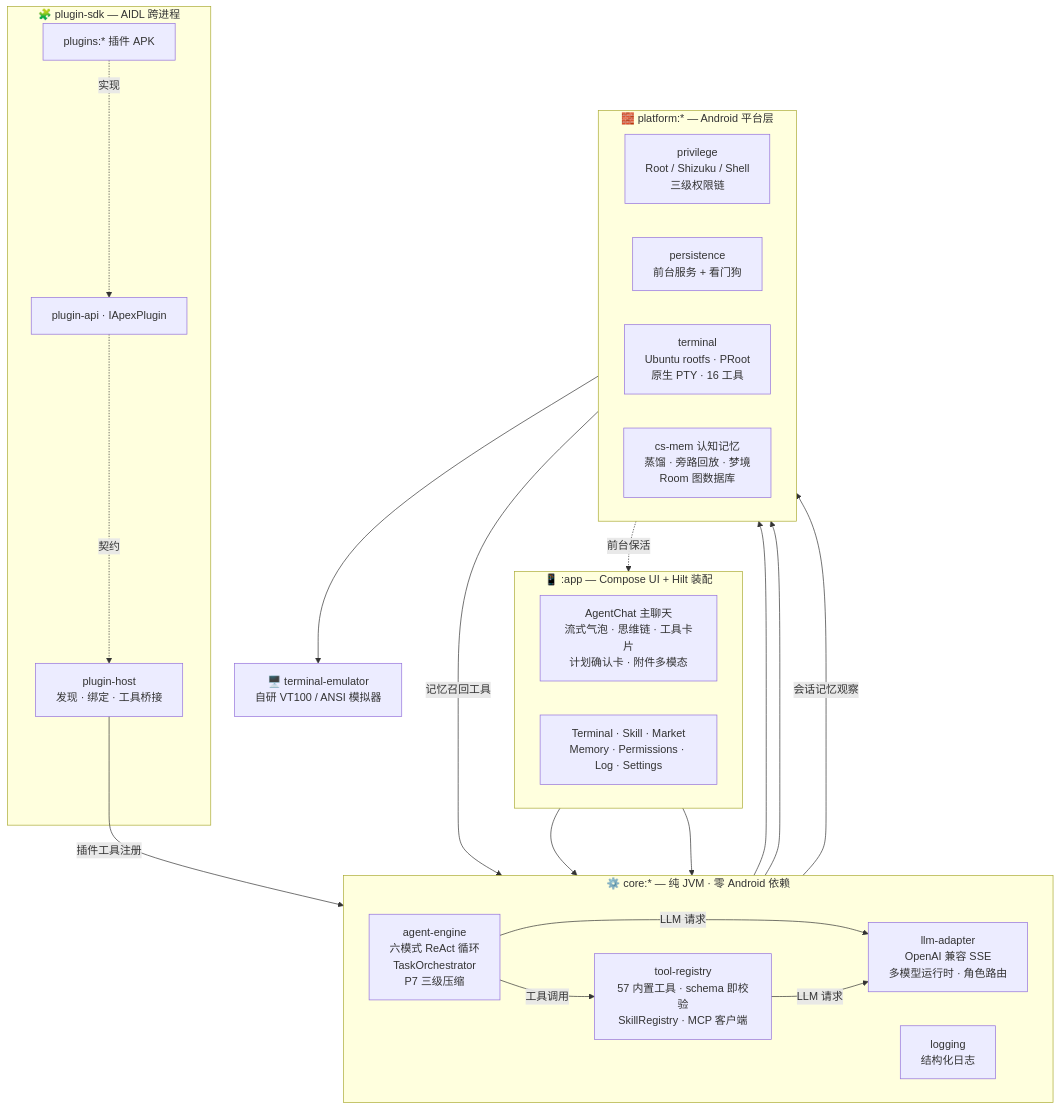
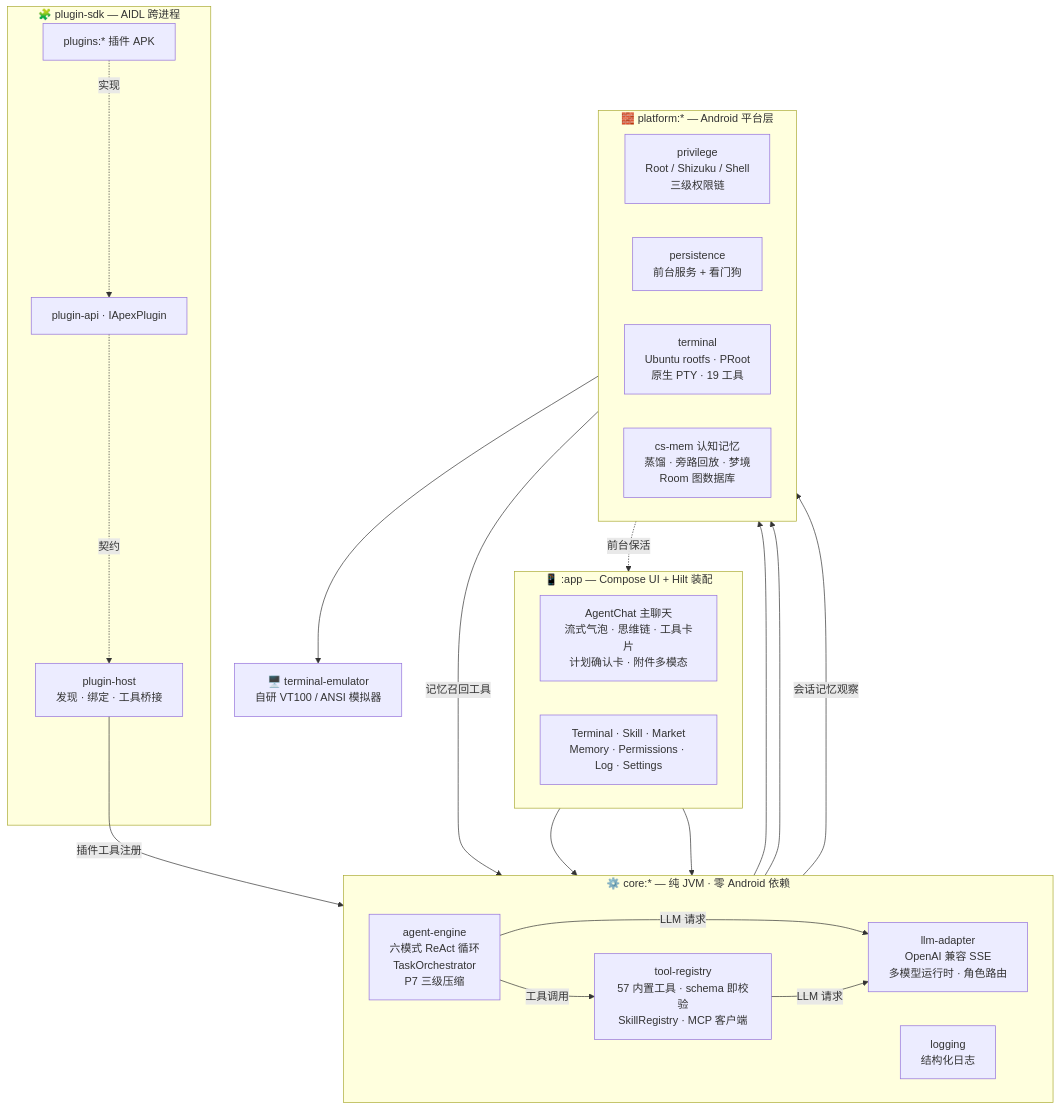
One commit to AceGuru-mjh/Android-Guru-Agent changed the first of 5 diagrams in README.md. Above: the diagram before and after it, drawn with Mermaid. The commit also changed other lines of this file and 26 other files, not shown here.

````diff
--- a/README.md
+++ b/README.md
@@ -166,47 +166,47 @@
 ```mermaid
 flowchart TB
     subgraph APP["📱 :app — Compose UI + Hilt 装配"]
         direction LR
         CHAT["AgentChat 主聊天<br/>流式气泡 · 思维链 · 工具卡片<br/>计划确认卡 · 附件多模态"]
         SCREENS["Terminal · Skill · Market<br/>Memory · Permissions · Log · Settings"]
     end
 
     subgraph CORE["⚙️ core:* — 纯 JVM · 零 Android 依赖"]
         direction LR
         ENGINE["agent-engine<br/>六模式 ReAct 循环<br/>TaskOrchestrator<br/>P7 三级压缩"]
         TOOLS["tool-registry<br/>57 内置工具 · schema 即校验<br/>SkillRegistry · MCP 客户端"]
         LLM["llm-adapter<br/>OpenAI 兼容 SSE<br/>多模型运行时 · 角色路由"]
         LOGC["logging<br/>结构化日志"]
     end
 
     subgraph PLAT["🧱 platform:* — Android 平台层"]
         direction LR
         PRIV["privilege<br/>Root / Shizuku / Shell<br/>三级权限链"]
         PERSIST["persistence<br/>前台服务 + 看门狗"]
-        TERM["terminal<br/>Ubuntu rootfs · PRoot<br/>原生 PTY · 16 工具"]
+        TERM["terminal<br/>Ubuntu rootfs · PRoot<br/>原生 PTY · 19 工具"]
         CSMEM["cs-mem 认知记忆<br/>蒸馏 · 旁路回放 · 梦境<br/>Room 图数据库"]
     end
 
     VTE["🖥️ terminal-emulator<br/>自研 VT100 / ANSI 模拟器"]
 
     subgraph PLUG["🧩 plugin-sdk — AIDL 跨进程"]
         PAPI["plugin-api · IApexPlugin"]
         PHOST["plugin-host<br/>发现 · 绑定 · 工具桥接"]
         PLUGINS["plugins:* 插件 APK"]
     end
 
     CHAT --> ENGINE
     SCREENS --> ENGINE
     ENGINE -->|工具调用| TOOLS
     ENGINE -->|LLM 请求| LLM
     TOOLS -->|LLM 请求| LLM
     TOOLS --> PRIV
     TOOLS --> TERM
     CSMEM -->|记忆召回工具| TOOLS
     ENGINE -->|会话记忆观察| CSMEM
     TERM --> VTE
     PHOST -->|插件工具注册| TOOLS
     PERSIST -.前台保活.-> APP
     PAPI -.契约.-> PHOST
     PLUGINS -.实现.-> PAPI
 ```
````
